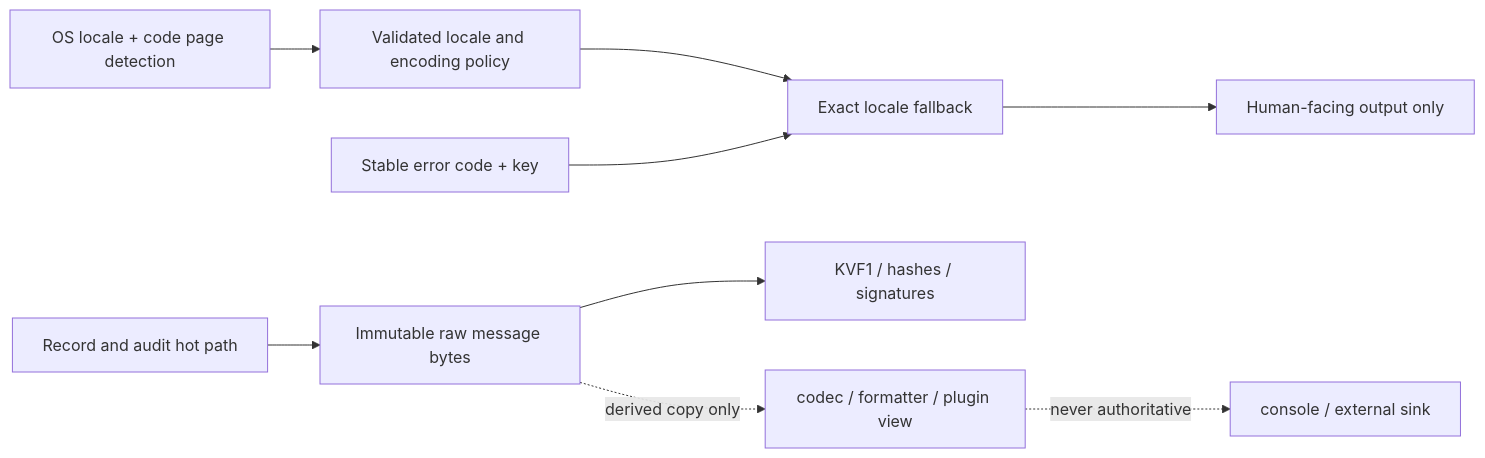
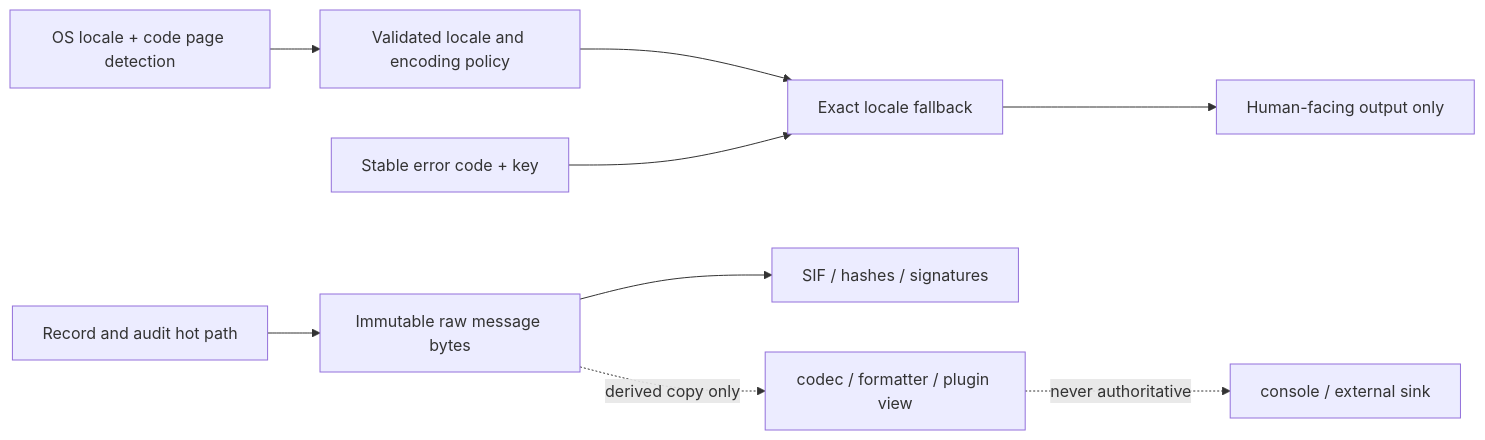
The diagram in docs/en_US/guides/LocalizationArchitecture.md (nekolio/DoLogger), drawn with Mermaid before and after one commit. The commit also changed other lines of this file and 40 other files, not shown here.

````diff
--- a/docs/en_US/guides/LocalizationArchitecture.md
+++ b/docs/en_US/guides/LocalizationArchitecture.md
@@ -21,12 +21,12 @@
 ```mermaid
 %% Use the repository source file for the full diagram.
 flowchart LR
     A[OS locale + code page detection] --> B[Validated locale and encoding policy]
     B --> C[Exact locale fallback]
     C --> D[Human-facing output only]
     E[Stable error code + key] --> C
     F[Record and audit hot path] --> G[Immutable raw message bytes]
-    G --> H[KVF1 / hashes / signatures]
+    G --> H[SIF / hashes / signatures]
     G -. derived copy only .-> I[codec / formatter / plugin view]
     I -. never authoritative .-> J[console / external sink]
 ```
````
